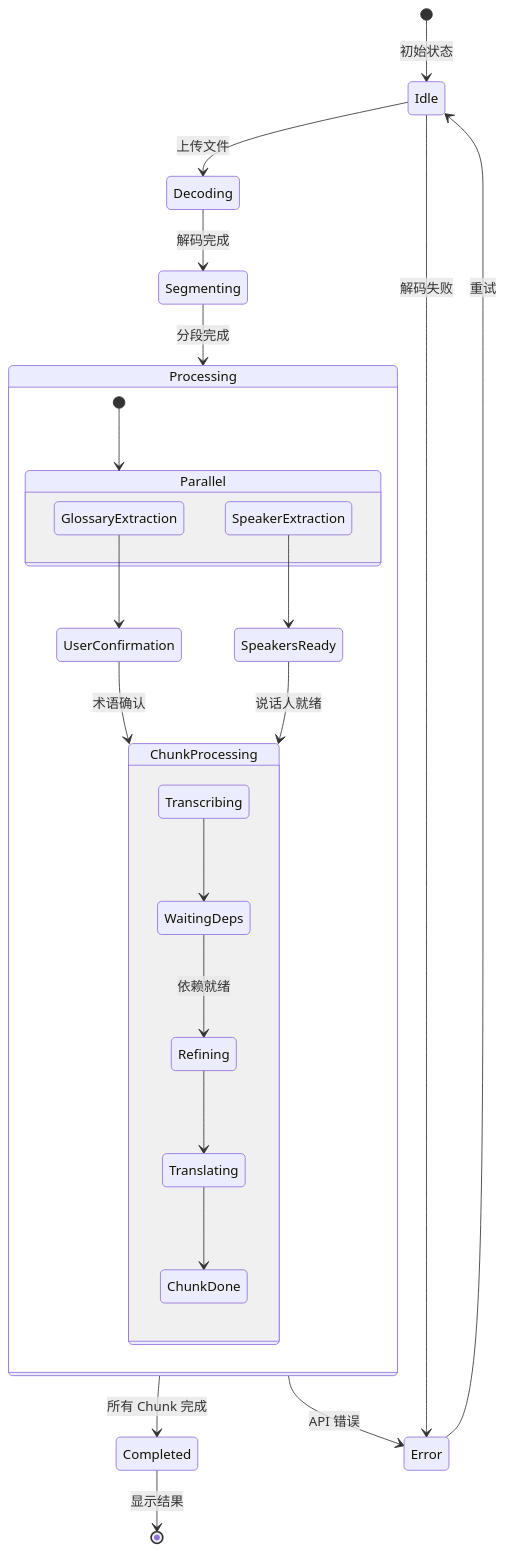
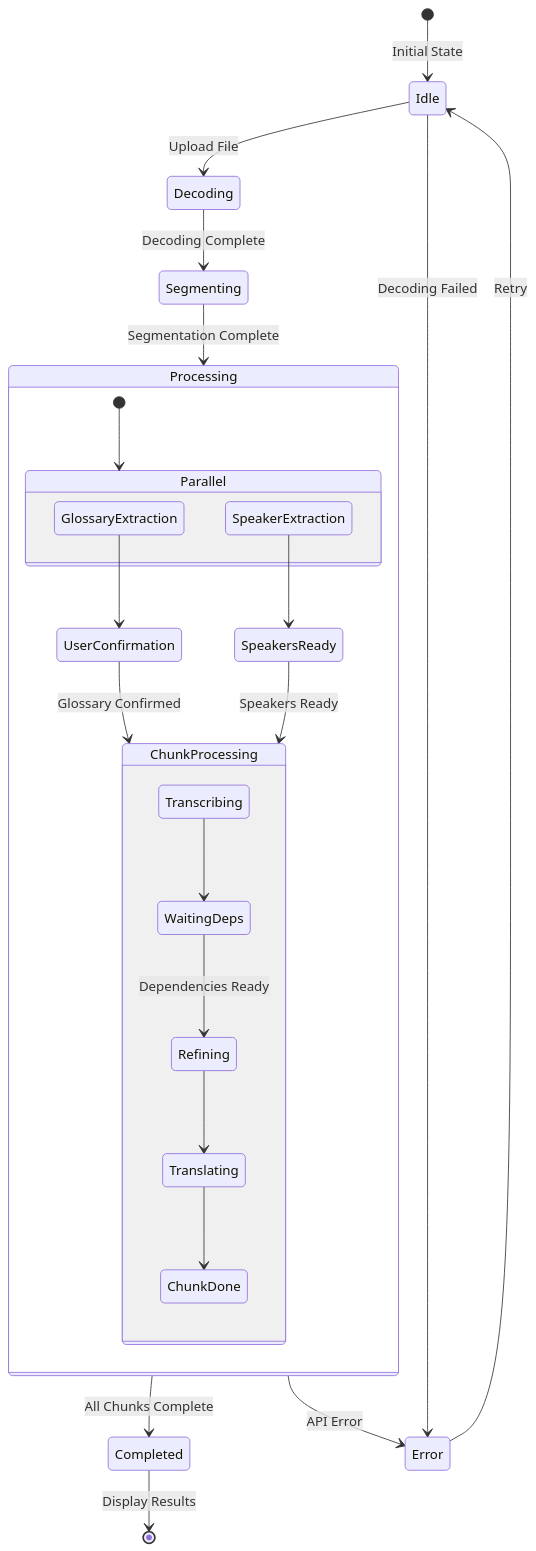
Diagram 13 of 14 in docs/ARCHITECTURE.md (corvo007/MioSub), drawn with Mermaid before and after one commit. The commit also changed other lines of this file and 3 other files, not shown here.

First line of the commit message:
docs: add bilingual README and ARCHITECTURE documentation

````diff
--- a/docs/ARCHITECTURE.md
+++ b/docs/ARCHITECTURE.md
@@ -1036,34 +1039,34 @@
 ```mermaid
 stateDiagram-v2
-    [*] --> Idle: 初始状态
+    [*] --> Idle: Initial State
 
-    Idle --> Decoding: 上传文件
-    Decoding --> Segmenting: 解码完成
-    Segmenting --> Processing: 分段完成
+    Idle --> Decoding: Upload File
+    Decoding --> Segmenting: Decoding Complete
+    Segmenting --> Processing: Segmentation Complete
 
     state Processing {
         [*] --> Parallel
 
         state Parallel {
             GlossaryExtraction --> UserConfirmation
             SpeakerExtraction --> SpeakersReady
         }
 
         state ChunkProcessing {
             Transcribing --> WaitingDeps
-            WaitingDeps --> Refining: 依赖就绪
+            WaitingDeps --> Refining: Dependencies Ready
             Refining --> Translating
             Translating --> ChunkDone
         }
 
-        UserConfirmation --> ChunkProcessing: 术语确认
-        SpeakersReady --> ChunkProcessing: 说话人就绪
+        UserConfirmation --> ChunkProcessing: Glossary Confirmed
+        SpeakersReady --> ChunkProcessing: Speakers Ready
     }
 
-    Processing --> Completed: 所有 Chunk 完成
-    Completed --> [*]: 显示结果
+    Processing --> Completed: All Chunks Complete
+    Completed --> [*]: Display Results
 
-    Idle --> Error: 解码失败
-    Processing --> Error: API 错误
-    Error --> Idle: 重试
+    Idle --> Error: Decoding Failed
+    Processing --> Error: API Error
+    Error --> Idle: Retry
 ```
````
